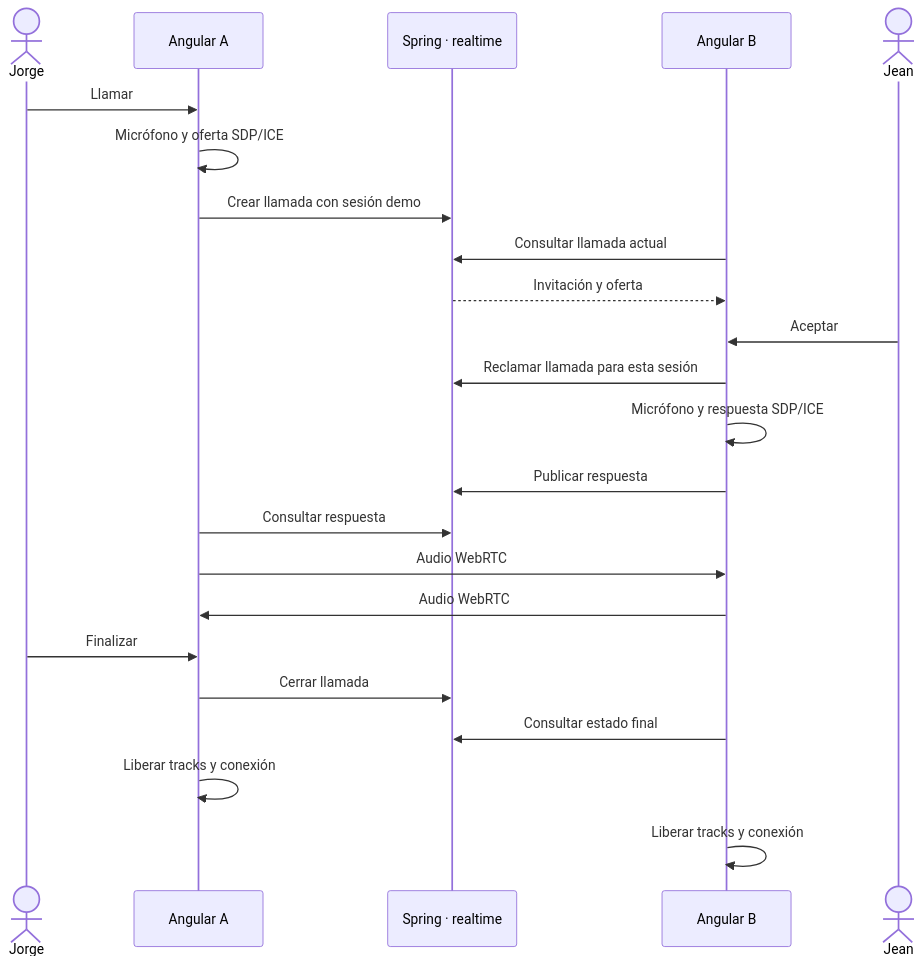
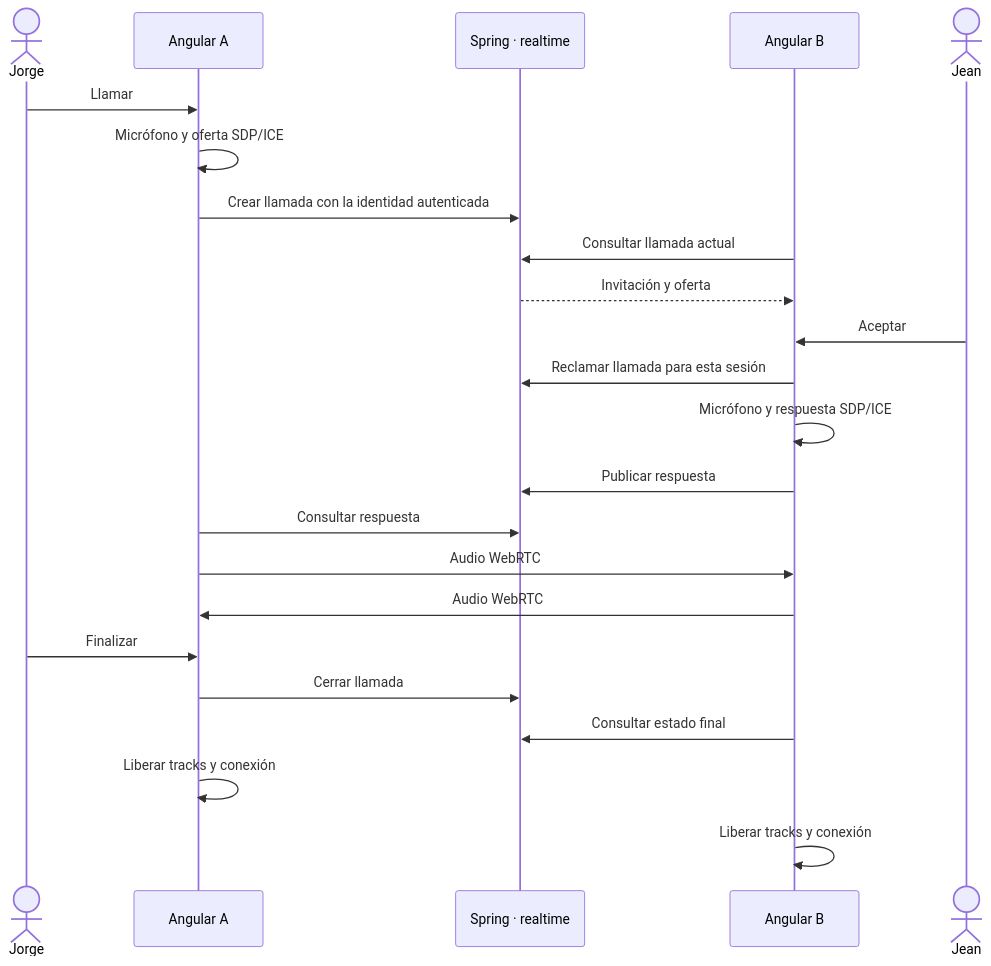
Before and after one commit to JorgeVergaraS/ProyectoTesis: the second of 3 diagrams in README.md, drawn with Mermaid. The commit also changed other lines of this file and 17 other files, not shown here.

````diff
--- a/README.md
+++ b/README.md
@@ -182,25 +186,25 @@
 ```mermaid
 sequenceDiagram
     actor Jorge
     participant A as Angular A
     participant API as Spring · realtime
     participant B as Angular B
     actor Jean
     Jorge->>A: Llamar
     A->>A: Micrófono y oferta SDP/ICE
-    A->>API: Crear llamada con sesión demo
+    A->>API: Crear llamada con la identidad autenticada
     B->>API: Consultar llamada actual
     API-->>B: Invitación y oferta
     Jean->>B: Aceptar
     B->>API: Reclamar llamada para esta sesión
     B->>B: Micrófono y respuesta SDP/ICE
     B->>API: Publicar respuesta
     A->>API: Consultar respuesta
     A->>B: Audio WebRTC
     B->>A: Audio WebRTC
     Jorge->>A: Finalizar
     A->>API: Cerrar llamada
     B->>API: Consultar estado final
     A->>A: Liberar tracks y conexión
     B->>B: Liberar tracks y conexión
 ```
````
